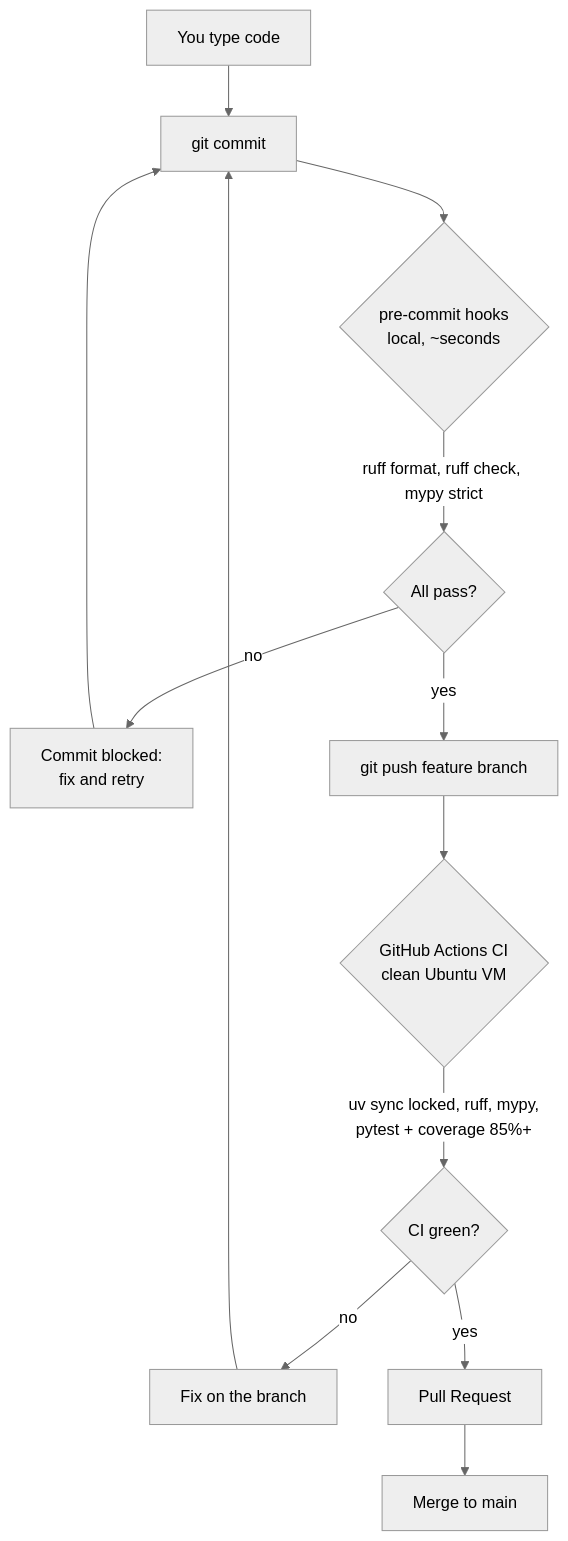
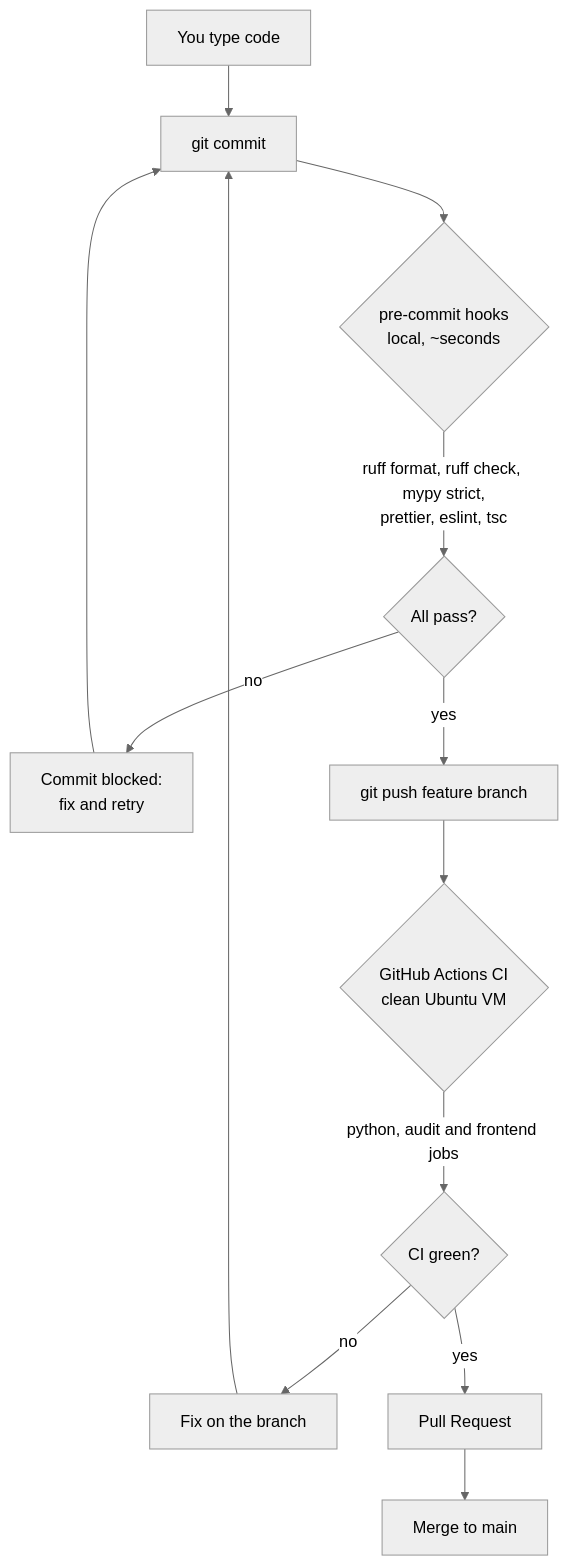
One commit to Ekanth-Sai/pitwall changed the first of 2 diagrams in docs/design/dev-pipeline.md. Above: the diagram before and after it, drawn with Mermaid (neutral theme). The commit also changed other lines of this file and 26 other files, not shown here.

First line of the commit message:
P1.2: frontend scaffold with Vite, React, strict TypeScript, ESLint, Vitest and CI (#150)

````diff
--- a/docs/design/dev-pipeline.md
+++ b/docs/design/dev-pipeline.md
@@ -3,15 +3,15 @@
 ```mermaid
 flowchart TD
     A["You type code"] --> B["git commit"]
     B --> C{"pre-commit hooks<br/>local, ~seconds"}
-    C -->|"ruff format, ruff check, mypy strict"| D{"All pass?"}
+    C -->|"ruff format, ruff check, mypy strict,<br/>prettier, eslint, tsc"| D{"All pass?"}
     D -->|"no"| E["Commit blocked:<br/>fix and retry"]
     E --> B
     D -->|"yes"| F["git push feature branch"]
     F --> G{"GitHub Actions CI<br/>clean Ubuntu VM"}
-    G -->|"uv sync locked, ruff, mypy,<br/>pytest + coverage 85%+"| H{"CI green?"}
+    G -->|"python, audit and frontend jobs"| H{"CI green?"}
     H -->|"no"| I["Fix on the branch"]
     I --> B
     H -->|"yes"| J["Pull Request"]
     J --> K["Merge to main"]
 ```
````
